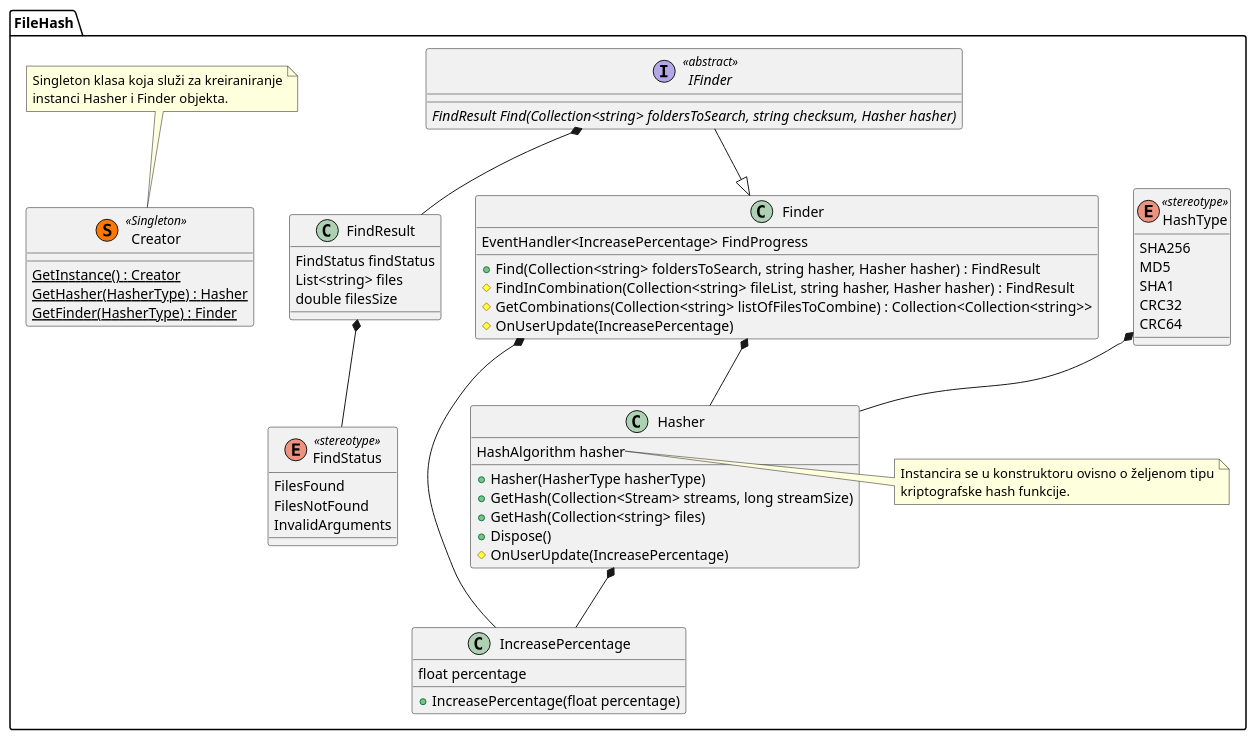
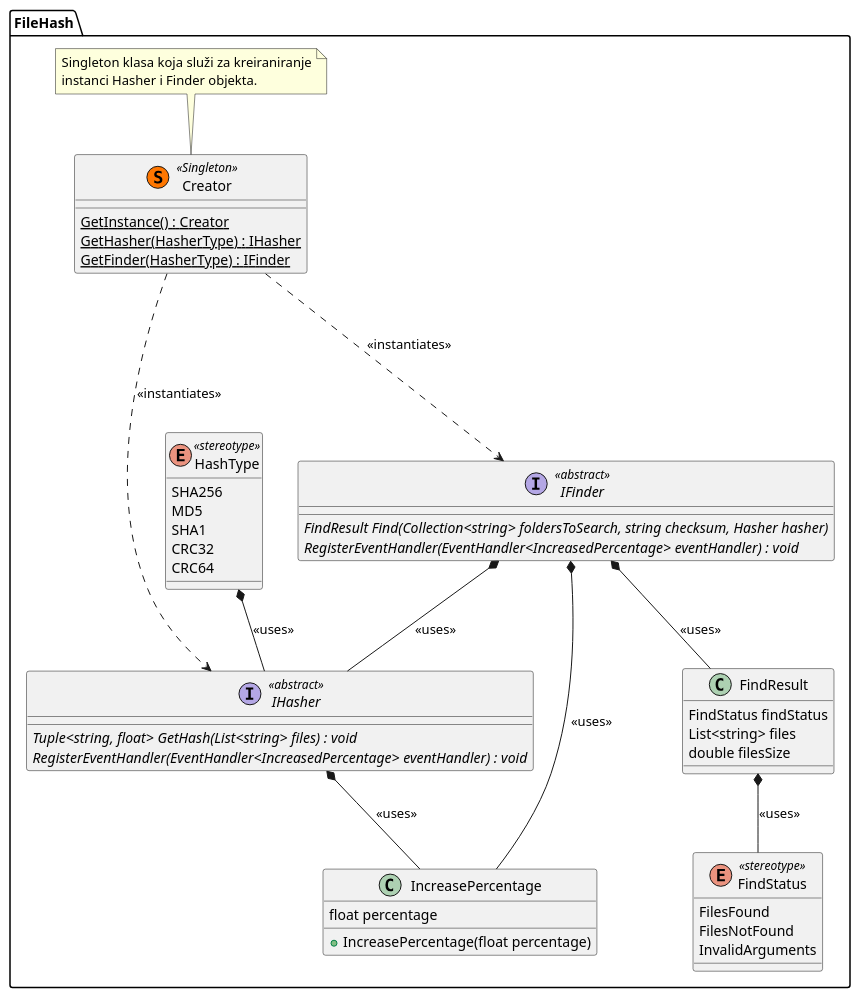
Before and after one commit to igobrado/File-hash: the diagram in doc/drawings/FileHashBackendClassDiagram.wsd, drawn with PlantUML.

Commit message:
Drawings: Make public interface more cleaner

```diff
--- a/doc/drawings/FileHashBackendClassDiagram.wsd
+++ b/doc/drawings/FileHashBackendClassDiagram.wsd
@@ -1,80 +1,64 @@
 @startuml FileHashBackendClassDiagram
 
 
 
 namespace FileHash{
 
     class IncreasePercentage{
         float percentage
         +IncreasePercentage(float percentage)
     }
 
     enum HasherType as "HashType" <<stereotype>> {
         SHA256
         MD5
         SHA1
         CRC32
         CRC64 
     }
 
     enum FindStatus as "FindStatus" <<stereotype>> {
         FilesFound
         FilesNotFound
         InvalidArguments
     }
 
     class FindResult
     {
         FindStatus findStatus
         List<string> files
         double filesSize
     }
 
     interface IFinder<<abstract>>{
         {abstract} FindResult Find(Collection<string> foldersToSearch, string checksum, Hasher hasher)
+        {abstract} RegisterEventHandler(EventHandler<IncreasedPercentage> eventHandler) : void
+
     }
-
-    class Hasher{
-        HashAlgorithm hasher
-        +Hasher(HasherType hasherType)
-        +GetHash(Collection<Stream> streams, long streamSize)
-        +GetHash(Collection<string> files)
-        +Dispose()
-        #OnUserUpdate(IncreasePercentage)
-    }
-
-    class Finder{
-        +Find(Collection<string> foldersToSearch, string hasher, Hasher hasher) : FindResult
-        #FindInCombination(Collection<string> fileList, string hasher, Hasher hasher) : FindResult
-        #GetCombinations(Collection<string> listOfFilesToCombine) : Collection<Collection<string>>
-        #OnUserUpdate(IncreasePercentage)
-
-        EventHandler<IncreasePercentage> FindProgress
+    interface IHasher<<abstract>>{
+        {abstract} Tuple<string, float> GetHash(List<string> files) : void
+        {abstract} RegisterEventHandler(EventHandler<IncreasedPercentage> eventHandler) : void
     }
     
     class Creator << (S,#FF7700) Singleton >> {
         {static} GetInstance() : Creator
-        {static} GetHasher(HasherType) : Hasher
-        {static} GetFinder(HasherType) : Finder
+        {static} GetHasher(HasherType) : IHasher
+        {static} GetFinder(HasherType) : IFinder
     }
 
-    FindResult *-- FindStatus
-    HasherType *-- Hasher 
-    Finder *-- Hasher
-    IFinder *-- FindResult
-    IFinder --|> Finder
-    Finder *-- IncreasePercentage
-    Hasher *-- IncreasePercentage
-
-    note right of Hasher::hasher
-        Instancira se u konstruktoru ovisno o željenom tipu
-        kriptografske hash funkcije.
-    end note
+    FindResult *-- FindStatus : "<<uses>>"
+    HasherType *-- IHasher : "<<uses>>"
+    IFinder *-- IHasher : "<<uses>>"
+    IFinder *-- FindResult : "<<uses>>"
+    IFinder *-- IncreasePercentage : "<<uses>>"
+    IHasher *-- IncreasePercentage : "<<uses>>"
+    Creator --.> IHasher : "<<instantiates>>"
+    Creator --.> IFinder : "<<instantiates>>"
 
     note top of Creator
         Singleton klasa koja služi za kreiraniranje
         instanci Hasher i Finder objekta.
     end note
 }
 
 @enduml
```
